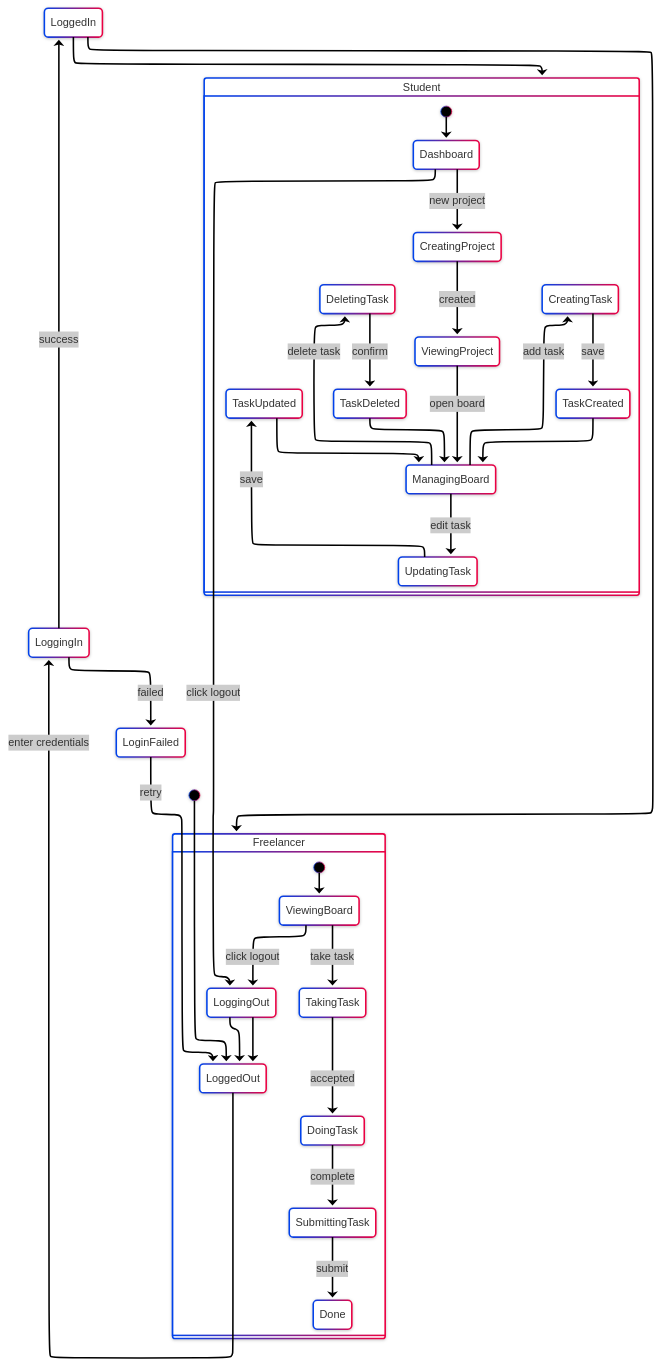
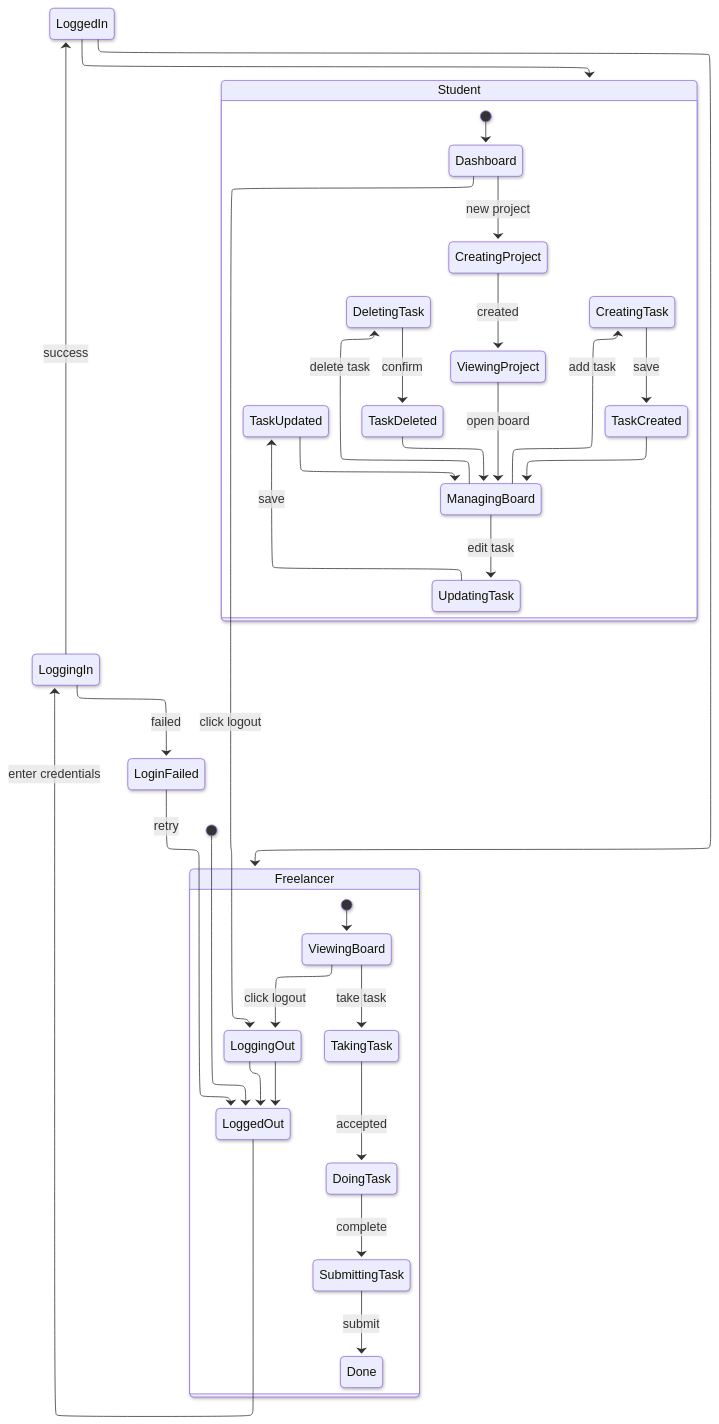
Before and after one commit to aarlazuardi/fix-sisfor-desain-sistem: the diagram in state-diagram.md, drawn with Mermaid. The commit also changed 4 other files, not shown here.

````diff
--- a/state-diagram.md
+++ b/state-diagram.md
@@ -3,62 +3,62 @@
 ```mermaid
 ---
 config:
   layout: elk
   look: neo
-  theme: neo
+  theme: default
 ---
 stateDiagram
   direction TB
   state Student {
     direction TB
     [*] --> Dashboard
     Dashboard --> CreatingProject:new project
     CreatingProject --> ViewingProject:created
     ViewingProject --> ManagingBoard:open board
     ManagingBoard --> CreatingTask:add task
     CreatingTask --> TaskCreated:save
     TaskCreated --> ManagingBoard
     ManagingBoard --> UpdatingTask:edit task
     UpdatingTask --> TaskUpdated:save
     TaskUpdated --> ManagingBoard
     ManagingBoard --> DeletingTask:delete task
     DeletingTask --> TaskDeleted:confirm
     TaskDeleted --> ManagingBoard
 [*]    Dashboard
     CreatingProject
     ViewingProject
     ManagingBoard
     CreatingTask
     TaskCreated
     UpdatingTask
     TaskUpdated
     DeletingTask
     TaskDeleted
   }
   state Freelancer {
     direction TB
     LoggingOut --> LoggedOut
     [*] --> ViewingBoard
     ViewingBoard --> TakingTask:take task
     TakingTask --> DoingTask:accepted
     DoingTask --> SubmittingTask:complete
     SubmittingTask --> Done:submit
     ViewingBoard --> LoggingOut:click logout
     LoggingOut --> LoggedOut
     LoggingOut
     LoggedOut
 [*]    ViewingBoard
     TakingTask
     DoingTask
     SubmittingTask
     Done
   }
   [*] --> LoggedOut
   LoggedOut --> LoggingIn:enter credentials
   LoggingIn --> LoggedIn:success
   LoggingIn --> LoginFailed:failed
   LoginFailed --> LoggedOut:retry
   LoggedIn --> Student
   LoggedIn --> Freelancer
   Dashboard --> LoggingOut:click logout
 ```
````
